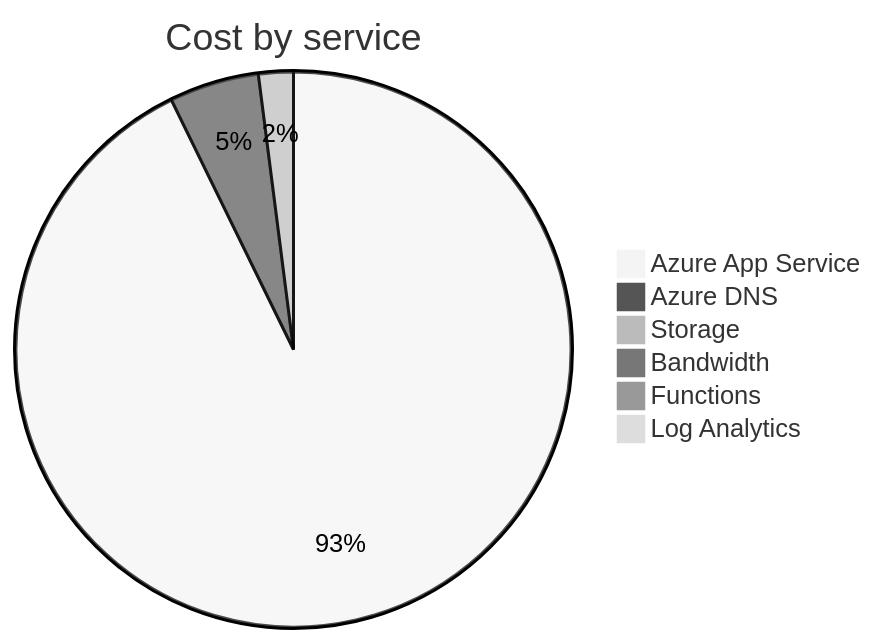
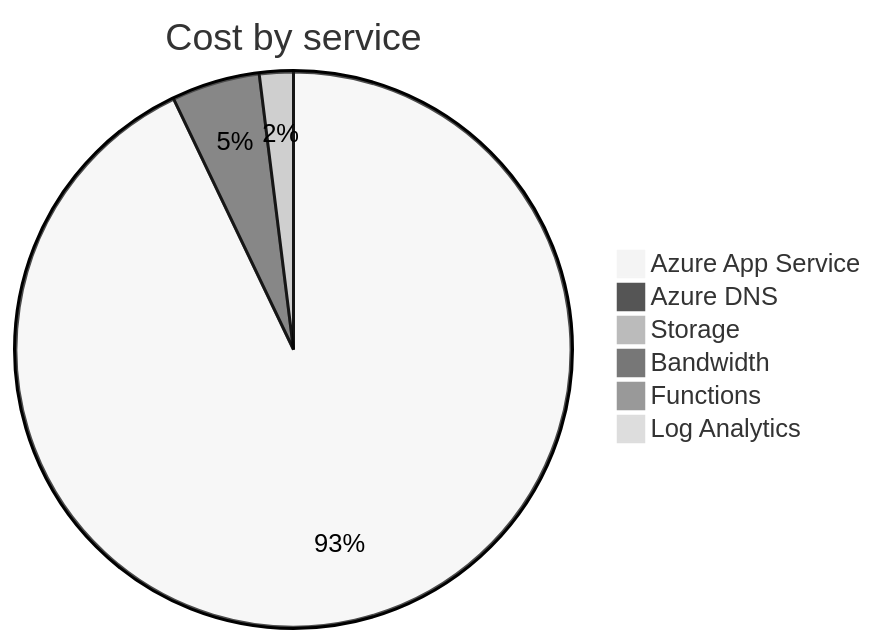
One commit to jpfulton/azure-personal-reports changed the second of 4 diagrams in cost-reports/accumulated-cost.md. Above: the diagram before and after it, drawn with Mermaid (neutral theme). The commit also changed other lines of this file and 4 other files, not shown here.

````diff
--- a/cost-reports/accumulated-cost.md
+++ b/cost-reports/accumulated-cost.md
@@ -98,10 +98,10 @@
 ```mermaid
 pie
    title Cost by service
-   "Azure App Service" : 8.71
-   "Azure DNS" : 0.49
-   "Storage" : 0.19
+   "Azure App Service" : 9.42
+   "Azure DNS" : 0.52
+   "Storage" : 0.20
    "Bandwidth" : 0.00
    "Functions" : 0.00
    "Log Analytics" : 0.00
 ```
````
